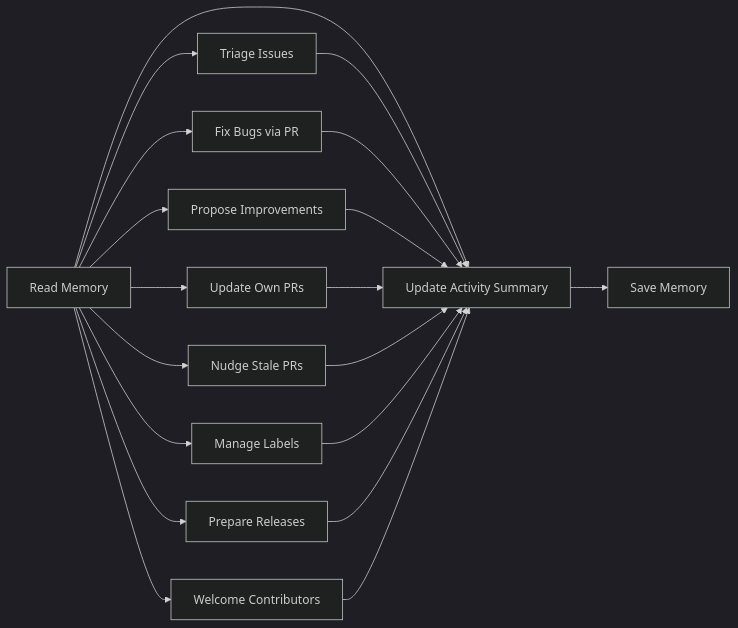
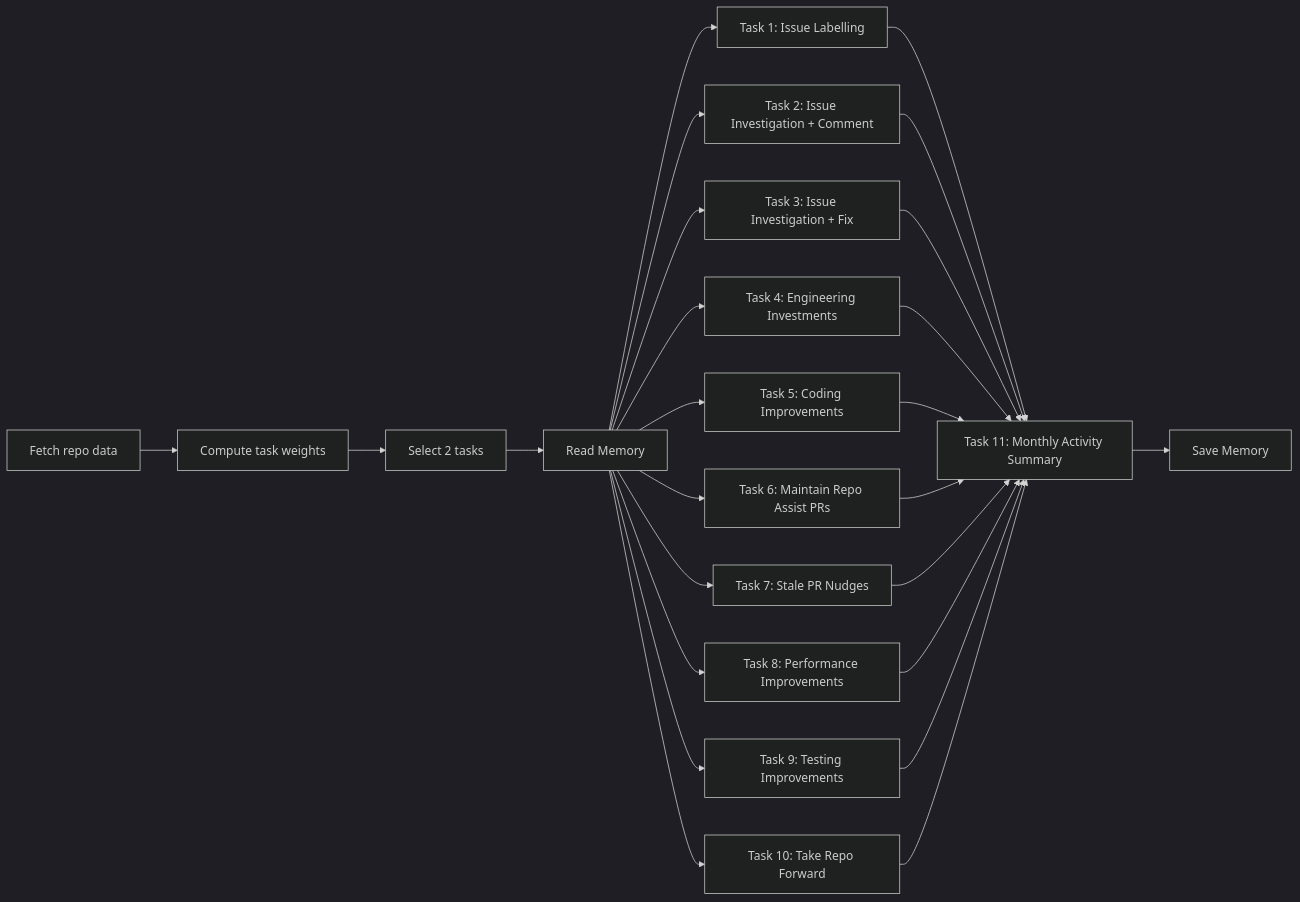
One commit to githubnext/agentics changed the diagram in docs/repo-assist.md. Above: the diagram before and after it, drawn with Mermaid (dark theme). The commit also changed other lines of this file and 2 other files, not shown here.

Commit message:
update repo assist to use a balanced weighted task choice strategy

`````diff
--- a/docs/repo-assist.md
+++ b/docs/repo-assist.md
@@ -23,21 +23,18 @@
 ````mermaid
 graph LR
-    A[Read Memory] --> B[Triage Issues]
-    A --> C[Fix Bugs via PR]
-    A --> D[Propose Improvements]
-    A --> E[Update Own PRs]
-    A --> F[Nudge Stale PRs]
-    A --> G[Manage Labels]
-    A --> H[Prepare Releases]
-    A --> I[Welcome Contributors]
-    A --> J[Update Activity Summary]
-        B --> J
-        C --> J
-        D --> J
-        E --> J
-        F --> J
-        G --> J
-        H --> J
-        I --> J
-    J --> K[Save Memory]
+    P[Fetch repo data] --> W[Compute task weights]
+    W --> S[Select 2 tasks]
+    S --> A[Read Memory]
+    A --> T1[Task 1: Issue Labelling]
+    A --> T2[Task 2: Issue Investigation + Comment]
+    A --> T3[Task 3: Issue Investigation + Fix]
+    A --> T4[Task 4: Engineering Investments]
+    A --> T5[Task 5: Coding Improvements]
+    A --> T6[Task 6: Maintain Repo Assist PRs]
+    A --> T7[Task 7: Stale PR Nudges]
+    A --> T8[Task 8: Performance Improvements]
+    A --> T9[Task 9: Testing Improvements]
+    A --> T10[Task 10: Take Repo Forward]
+    T1 & T2 & T3 & T4 & T5 & T6 & T7 & T8 & T9 & T10 --> T11[Task 11: Monthly Activity Summary]
+    T11 --> M[Save Memory]
 ````
`````
